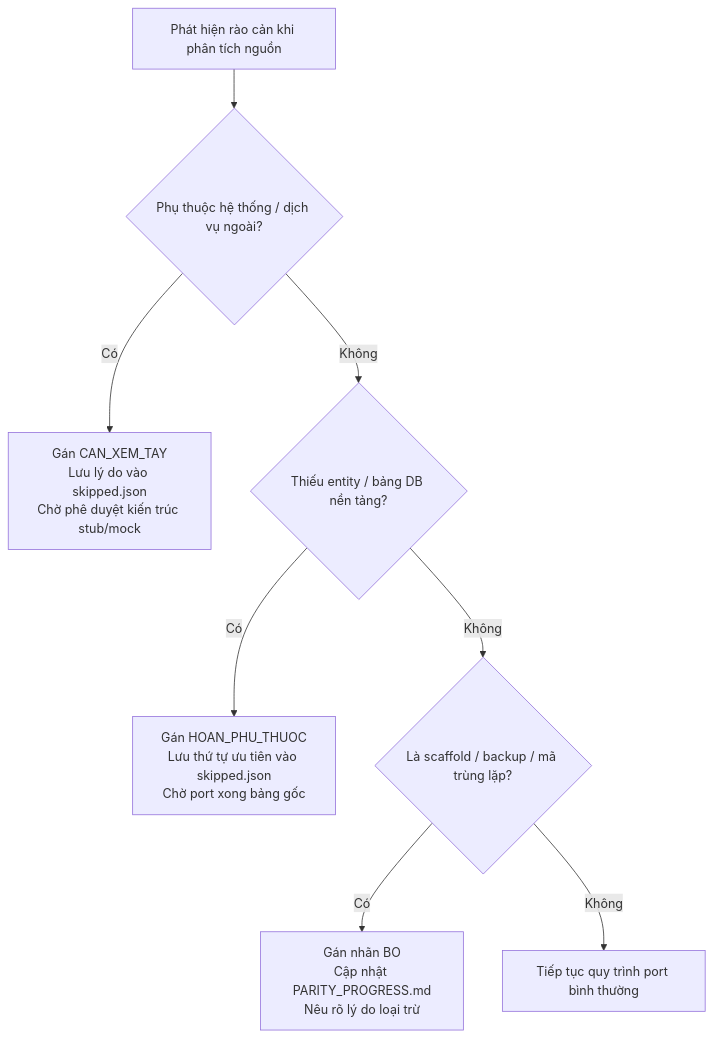
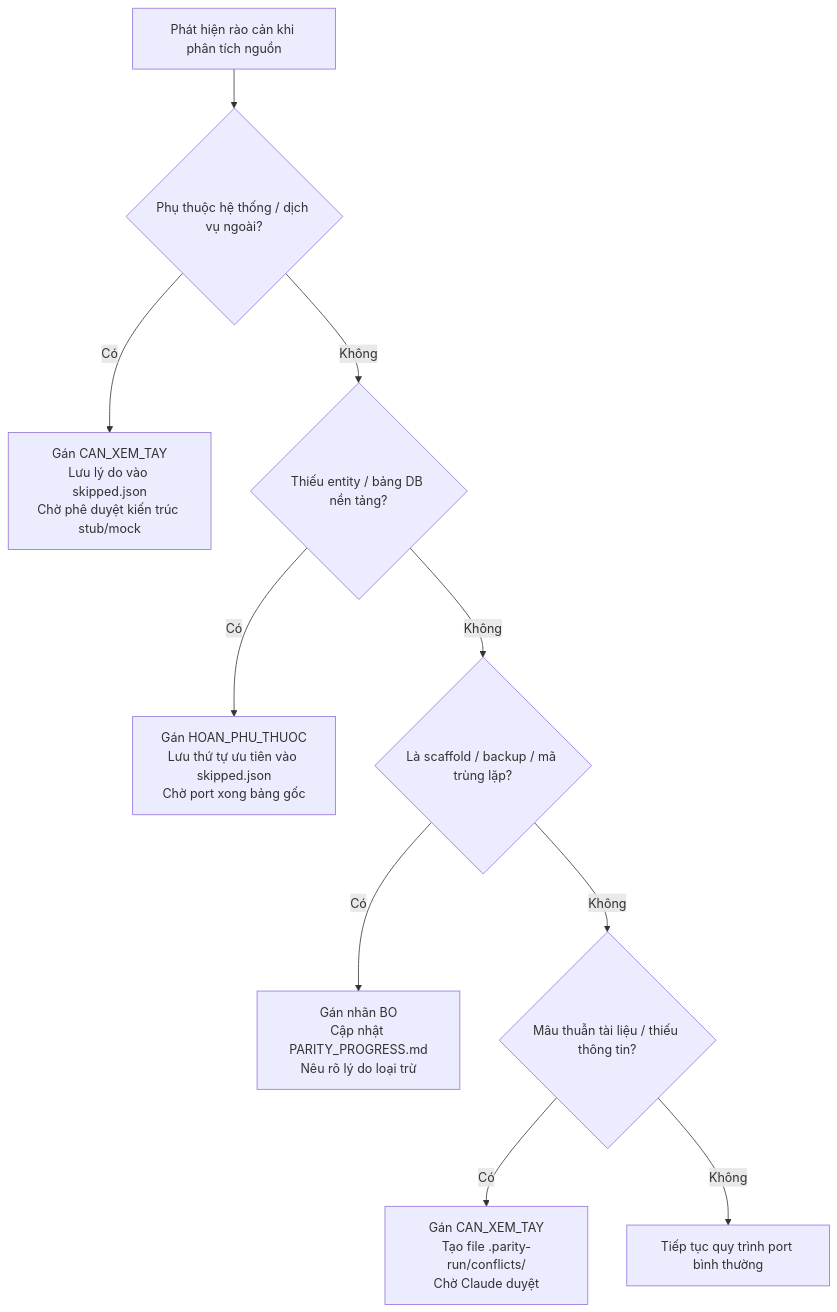
Before and after one commit to Tranletrungkien1705/MiniLoyalty: the second of 2 diagrams in docs/quy-trinh/QUY_TRINH_PORT_1_1.md, drawn with Mermaid. The commit also changed other lines of this file and 10 other files, not shown here.

````diff
--- a/docs/quy-trinh/QUY_TRINH_PORT_1_1.md
+++ b/docs/quy-trinh/QUY_TRINH_PORT_1_1.md
@@ -146,10 +216,12 @@
 ```mermaid
 flowchart TD
     Issue["Phát hiện rào cản khi phân tích nguồn"] --> Check1{"Phụ thuộc hệ thống / dịch vụ ngoài?"}
     Check1 -- "Có" --> Action1["Gán CAN_XEM_TAY<br/>Lưu lý do vào skipped.json<br/>Chờ phê duyệt kiến trúc stub/mock"]
     Check1 -- "Không" --> Check2{"Thiếu entity / bảng DB nền tảng?"}
     Check2 -- "Có" --> Action2["Gán HOAN_PHU_THUOC<br/>Lưu thứ tự ưu tiên vào skipped.json<br/>Chờ port xong bảng gốc"]
     Check2 -- "Không" --> Check3{"Là scaffold / backup / mã trùng lặp?"}
     Check3 -- "Có" --> Action3["Gán nhãn BO<br/>Cập nhật PARITY_PROGRESS.md<br/>Nêu rõ lý do loại trừ"]
-    Check3 -- "Không" --> Action4["Tiếp tục quy trình port bình thường"]
+    Check3 -- "Không" --> Check4{"Mâu thuẫn tài liệu / thiếu thông tin?"}
+    Check4 -- "Có" --> Action5["Gán CAN_XEM_TAY<br/>Tạo file .parity-run/conflicts/<br/>Chờ Claude duyệt"]
+    Check4 -- "Không" --> Action6["Tiếp tục quy trình port bình thường"]
 ```
````
